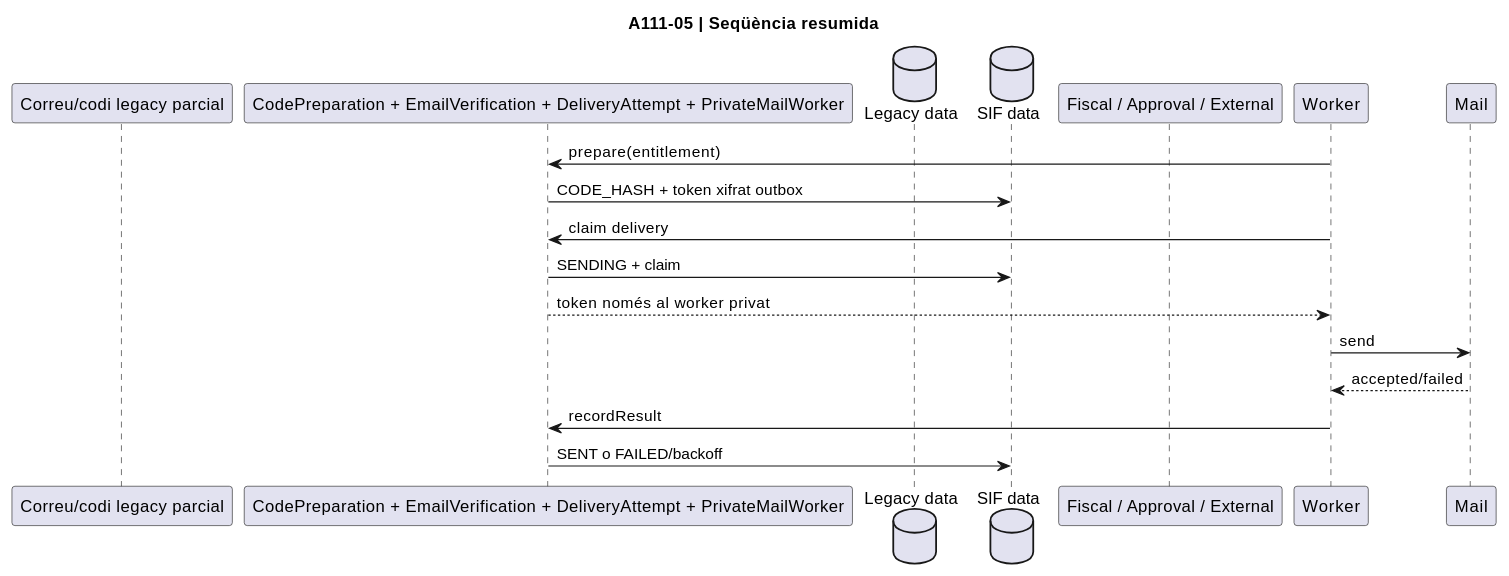
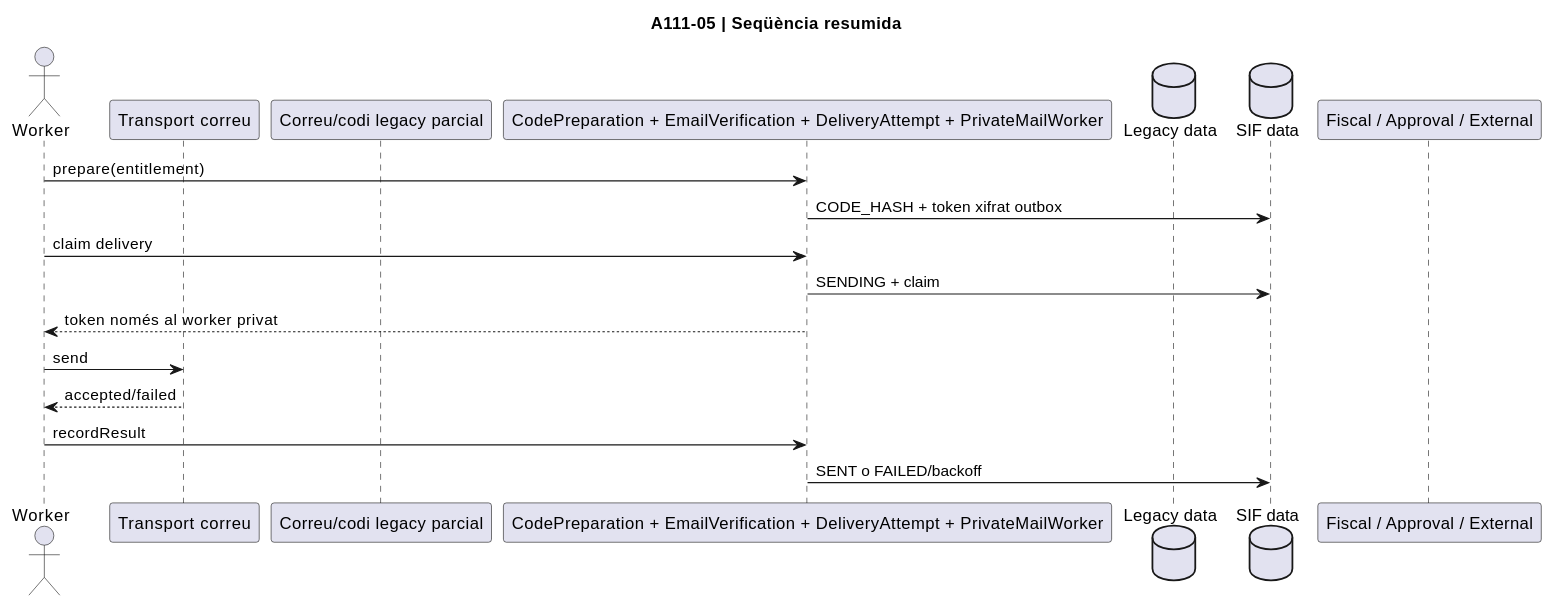
Before and after one commit to orgmeriemprismacat-del/verifactu: diagram 19 of 48 in documentacio/07-uml-integrat/uc-111-diagrames-per-accio.md, drawn with PlantUML. The commit also changed other lines of this file, not shown here.

Commit message:
docs UC-111 per-action UML: declare actors/interfaces explicitly and replace generic transfer/refund participants with exact services

````diff
--- a/documentacio/07-uml-integrat/uc-111-diagrames-per-accio.md
+++ b/documentacio/07-uml-integrat/uc-111-diagrames-per-accio.md
@@ -355,19 +359,21 @@
 ```plantuml
 @startuml
 title A111-05 | Seqüència resumida
+actor Worker
+participant "Transport correu" as Mail
 participant "Correu/codi legacy parcial" as Legacy
 participant "CodePreparation + EmailVerification + DeliveryAttempt + PrivateMailWorker" as Final
 database "Legacy data" as LegacyDB
 database "SIF data" as SIFDB
 participant "Fiscal / Approval / External" as Fiscal
 Worker -> Final : prepare(entitlement)
 Final -> SIFDB : CODE_HASH + token xifrat outbox
 Worker -> Final : claim delivery
 Final -> SIFDB : SENDING + claim
 Final --> Worker : token només al worker privat
 Worker -> Mail : send
 Mail --> Worker : accepted/failed
 Worker -> Final : recordResult
 Final -> SIFDB : SENT o FAILED/backoff
 @enduml
 ```
````
